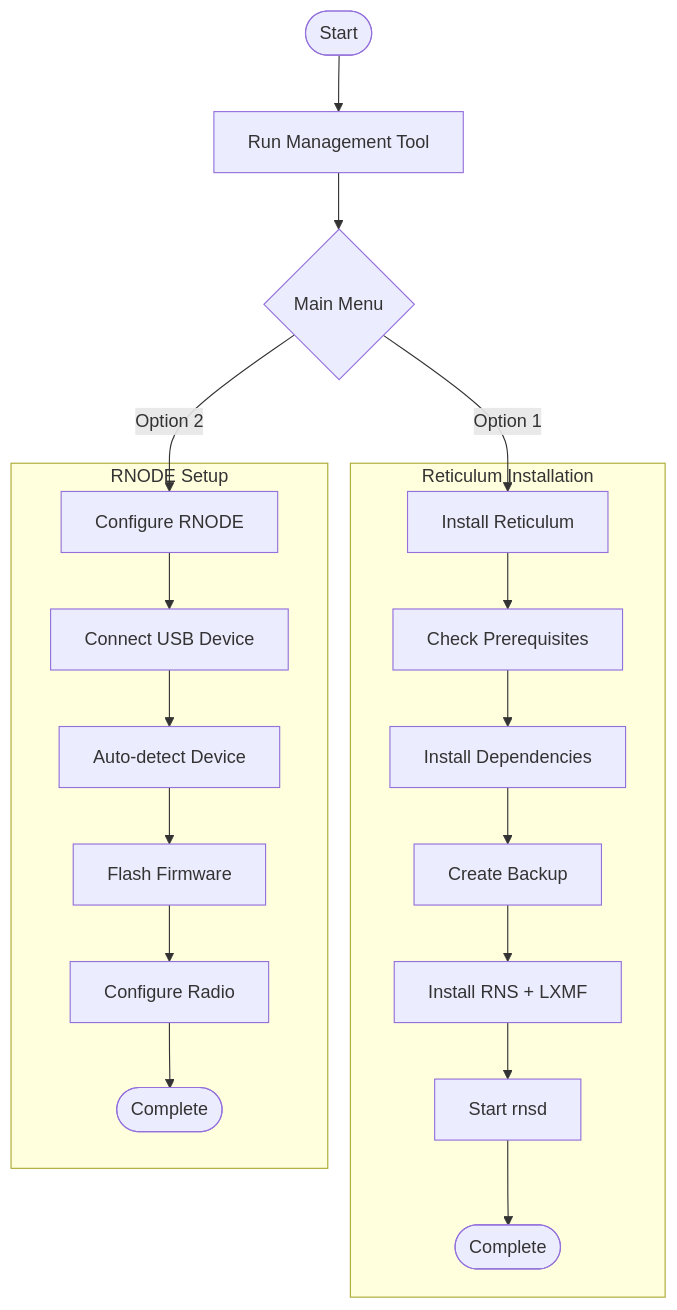
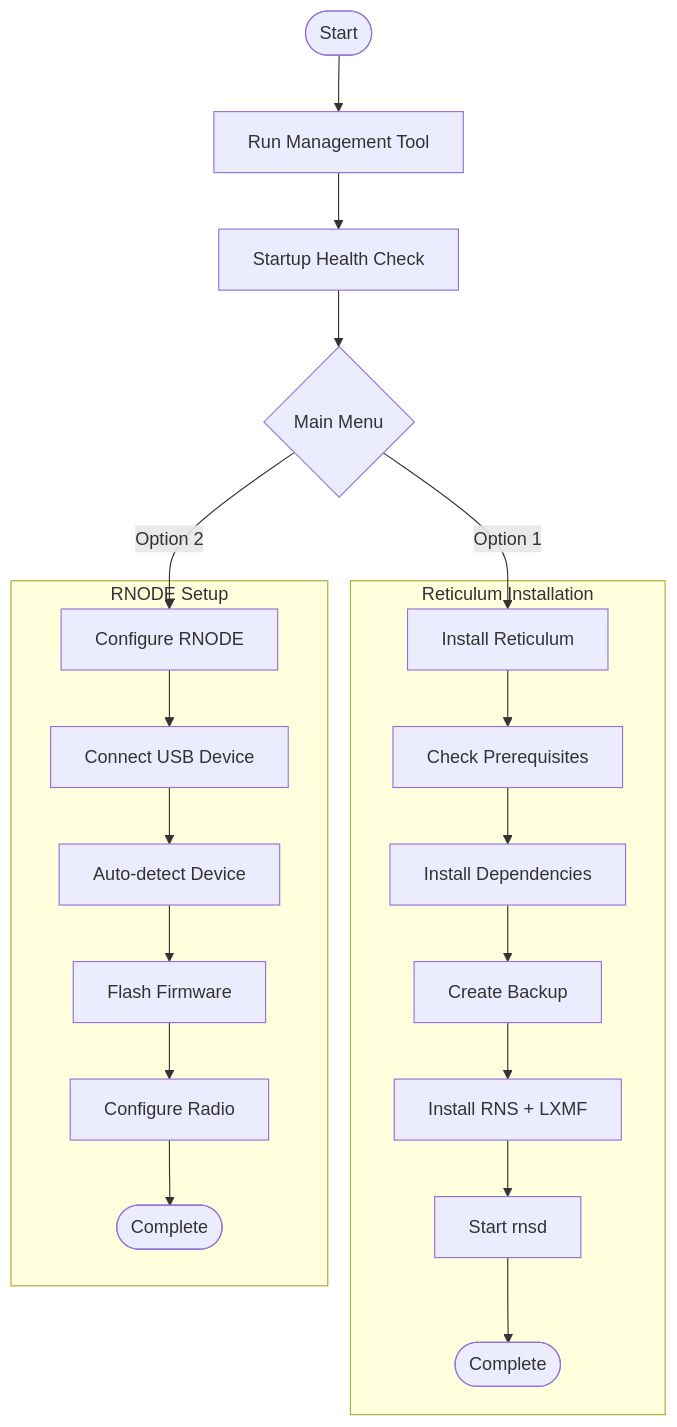
One commit to Nursedude/RNS-Management-Tool changed the fourth of 6 diagrams in README.md. Above: the diagram before and after it, drawn with Mermaid. The commit also changed other lines of this file and 1 other file, not shown here.

````diff
--- a/README.md
+++ b/README.md
@@ -201,25 +315,26 @@
 ```mermaid
 flowchart TD
     START([Start]) --> RUN[Run Management Tool]
-    RUN --> MENU{Main Menu}
+    RUN --> HEALTH[Startup Health Check]
+    HEALTH --> MENU{Main Menu}
 
     MENU -->|Option 1| INSTALL[Install Reticulum]
     MENU -->|Option 2| RNODE[Configure RNODE]
 
     subgraph "Reticulum Installation"
         INSTALL --> CHECK[Check Prerequisites]
         CHECK --> DEPS[Install Dependencies]
         DEPS --> BACKUP[Create Backup]
         BACKUP --> RNS[Install RNS + LXMF]
         RNS --> DAEMON[Start rnsd]
         DAEMON --> DONE1([Complete])
     end
 
     subgraph "RNODE Setup"
         RNODE --> USB[Connect USB Device]
         USB --> AUTO[Auto-detect Device]
         AUTO --> FLASH[Flash Firmware]
         FLASH --> CONFIG[Configure Radio]
         CONFIG --> DONE2([Complete])
     end
 ```
````
